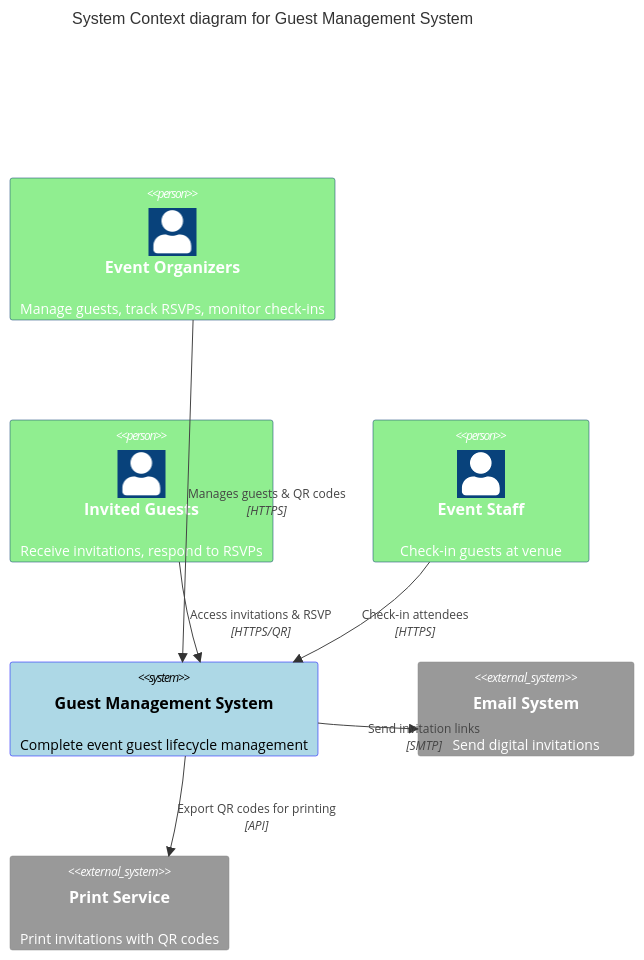
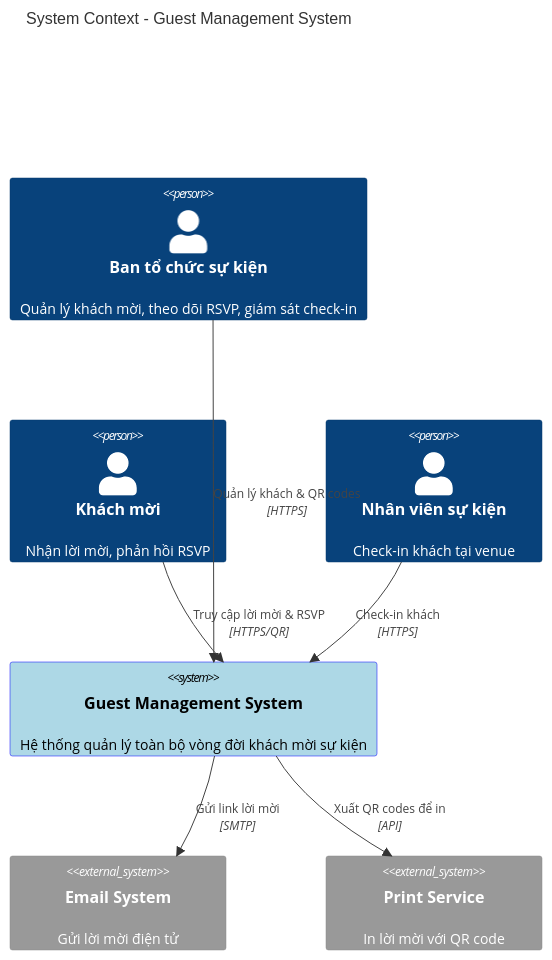
One commit to quanghai2k4/gms changed the first of 6 diagrams in PROJECT_REPORT.md. Above: the diagram before and after it, drawn with Mermaid. The commit also changed other lines of this file, not shown here.

````diff
--- a/PROJECT_REPORT.md
+++ b/PROJECT_REPORT.md
@@ -79,25 +49,22 @@
 ```mermaid
 C4Context
-    title System Context diagram for Guest Management System
+    title System Context - Guest Management System
     
-    Person(organizer, "Event Organizers", "Manage guests, track RSVPs, monitor check-ins")
-    Person(guest, "Invited Guests", "Receive invitations, respond to RSVPs")
-    Person(staff, "Event Staff", "Check-in guests at venue")
+    Person(organizer, "Ban tổ chức sự kiện", "Quản lý khách mời, theo dõi RSVP, giám sát check-in")
+    Person(guest, "Khách mời", "Nhận lời mời, phản hồi RSVP")
+    Person(staff, "Nhân viên sự kiện", "Check-in khách tại venue")
     
-    System(gms, "Guest Management System", "Complete event guest lifecycle management")
+    System(gms, "Guest Management System", "Hệ thống quản lý toàn bộ vòng đời khách mời sự kiện")
     
-    System_Ext(email, "Email System", "Send digital invitations")
-    System_Ext(print, "Print Service", "Print invitations with QR codes")
+    System_Ext(email, "Email System", "Gửi lời mời điện tử")
+    System_Ext(print, "Print Service", "In lời mời với QR code")
     
-    Rel(organizer, gms, "Manages guests & QR codes", "HTTPS")
-    Rel(guest, gms, "Access invitations & RSVP", "HTTPS/QR")
-    Rel(staff, gms, "Check-in attendees", "HTTPS")
+    Rel(organizer, gms, "Quản lý khách & QR codes", "HTTPS")
+    Rel(guest, gms, "Truy cập lời mời & RSVP", "HTTPS/QR")
+    Rel(staff, gms, "Check-in khách", "HTTPS")
     
-    Rel(gms, email, "Send invitation links", "SMTP")
-    Rel(gms, print, "Export QR codes for printing", "API")
+    Rel(gms, email, "Gửi link lời mời", "SMTP")
+    Rel(gms, print, "Xuất QR codes để in", "API")
     
     UpdateElementStyle(gms, $bgColor="lightblue", $fontColor="black", $borderColor="blue")
-    UpdateElementStyle(organizer, $bgColor="lightgreen")
-    UpdateElementStyle(guest, $bgColor="lightgreen") 
-    UpdateElementStyle(staff, $bgColor="lightgreen")
 ```
````
